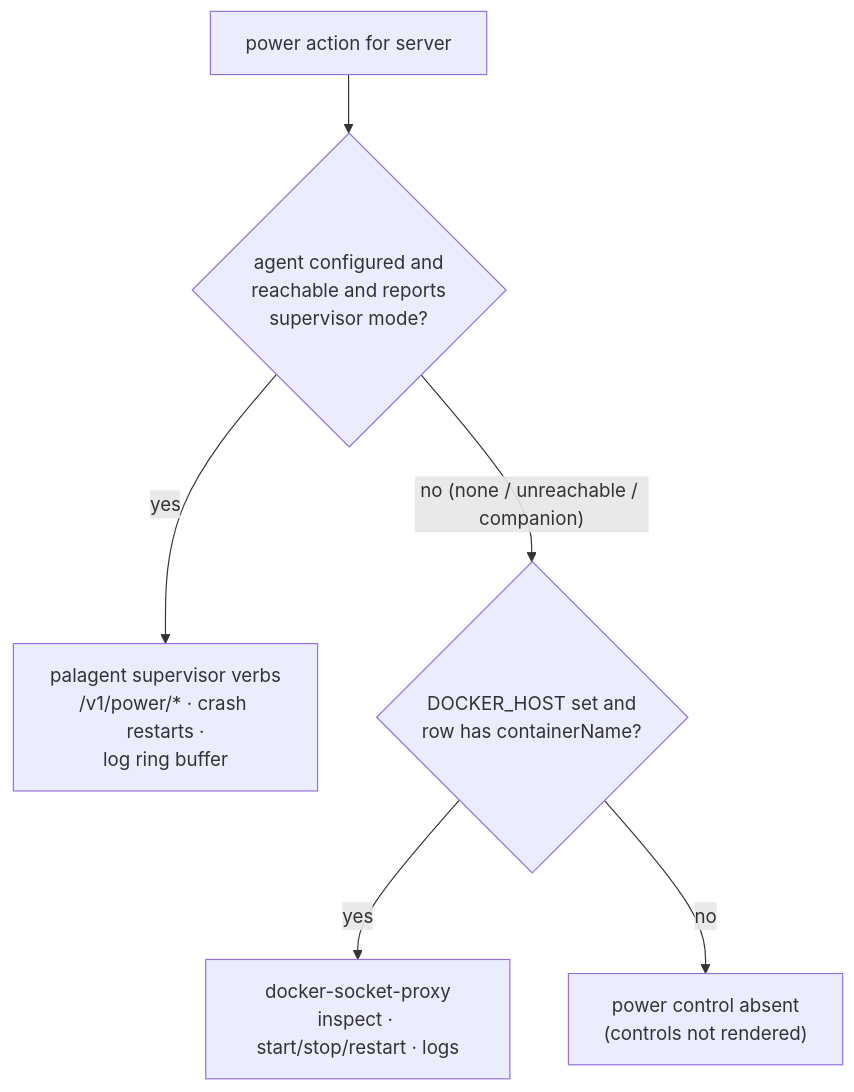
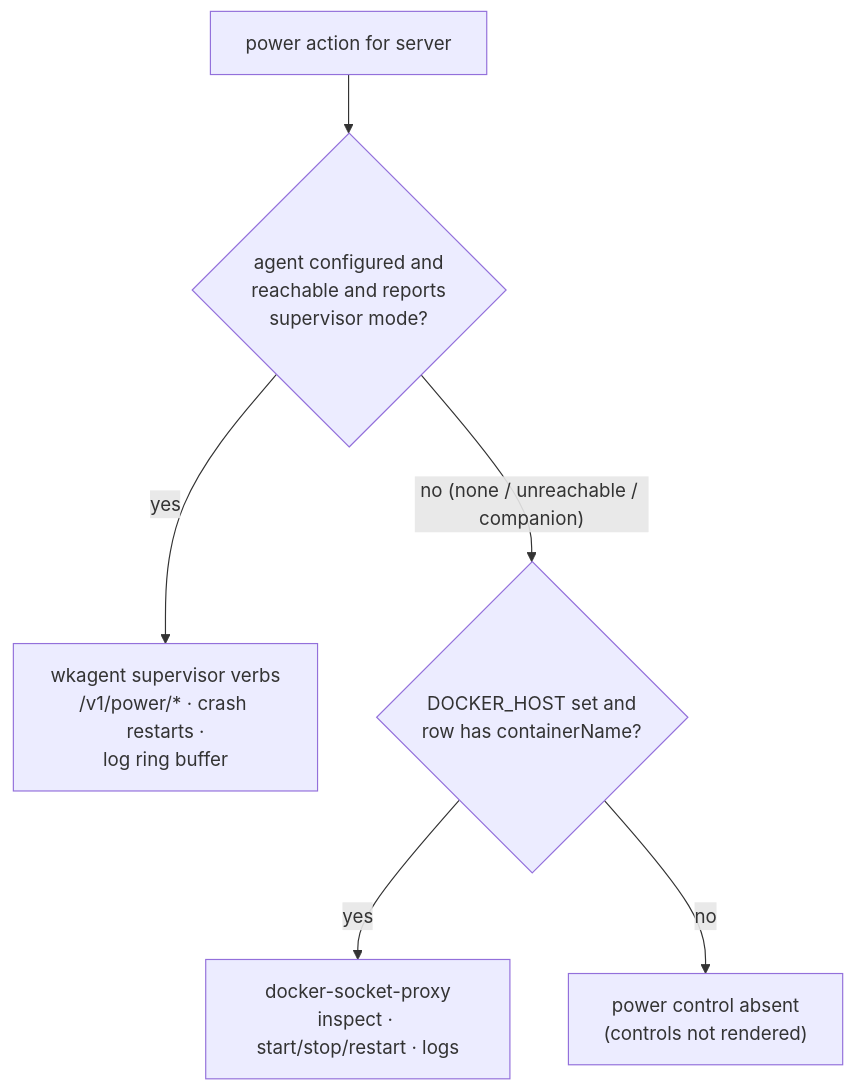
One commit to safwyls/artificer changed the fourth of 5 diagrams in docs/architecture.md. Above: the diagram before and after it, drawn with Mermaid. The commit also changed other lines of this file and 77 other files, not shown here.

````diff
--- a/docs/architecture.md
+++ b/docs/architecture.md
@@ -505,8 +505,8 @@
 ```mermaid
 flowchart TD
     req["power action for server"] --> hasAgent{"agent configured and<br/>reachable and reports<br/>supervisor mode?"}
-    hasAgent -->|yes| sup["palagent supervisor verbs<br/>/v1/power/* · crash restarts ·<br/>log ring buffer"]
+    hasAgent -->|yes| sup["wkagent supervisor verbs<br/>/v1/power/* · crash restarts ·<br/>log ring buffer"]
     hasAgent -->|"no (none / unreachable / companion)"| hasDocker{"DOCKER_HOST set and<br/>row has containerName?"}
     hasDocker -->|yes| proxy["docker-socket-proxy<br/>inspect · start/stop/restart · logs"]
     hasDocker -->|no| off["power control absent<br/>(controls not rendered)"]
 ```
````
